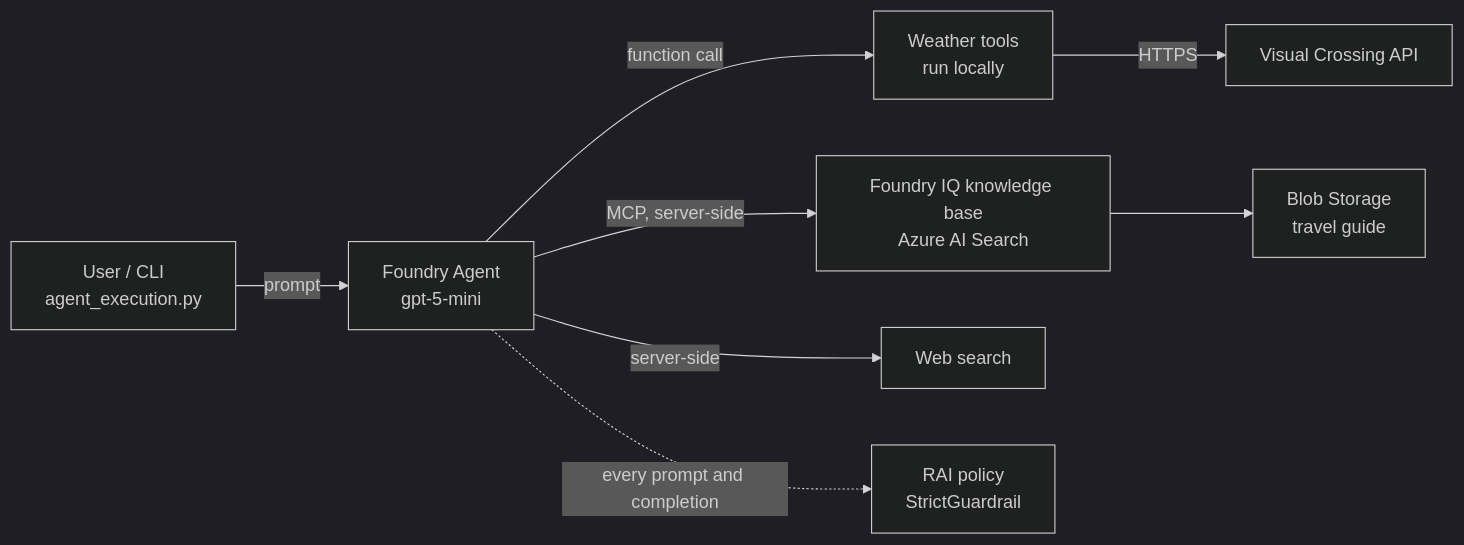
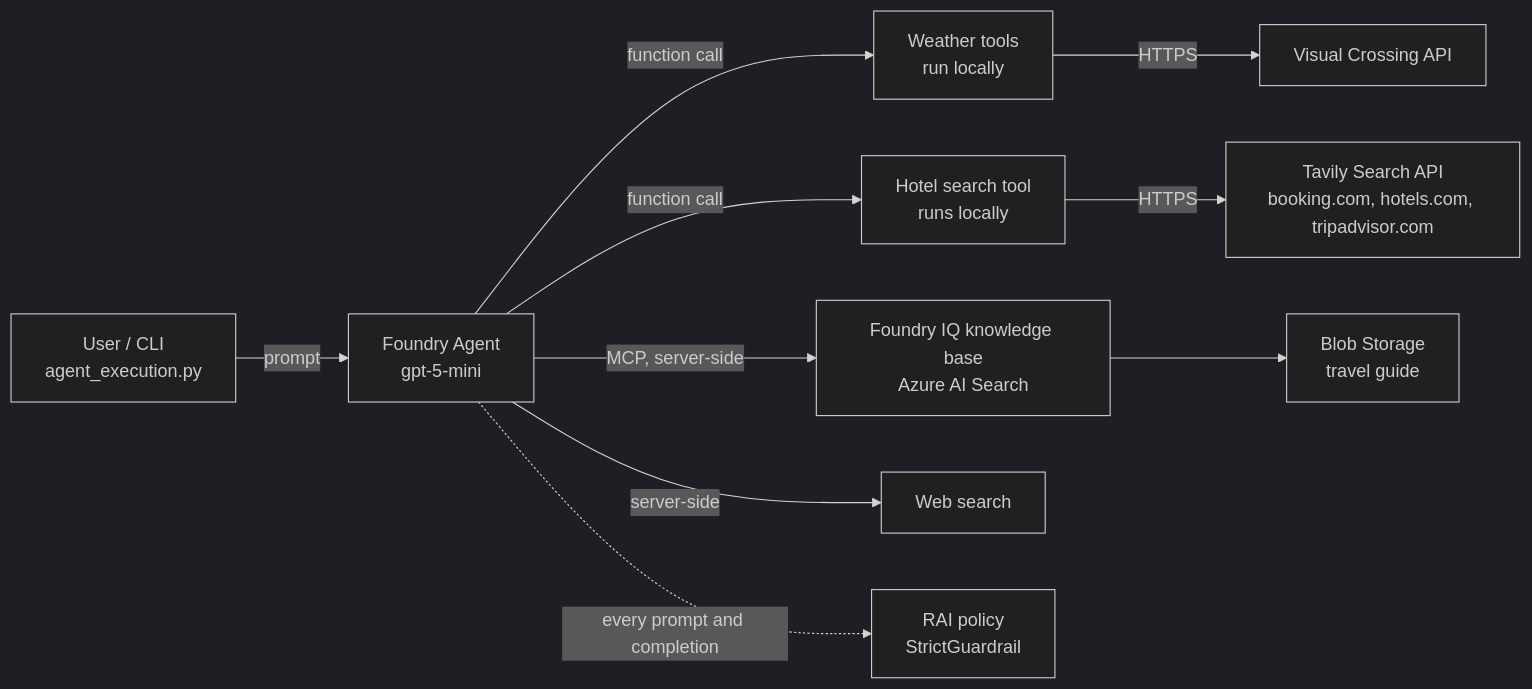
The diagram in README.md (Po33ski/Travel-Agent-Planner), drawn with Mermaid (dark theme) before and after one commit. The commit also changed other lines of this file and 4 other files, not shown here.

Commit message:
update environment setup and resource scripts for new project version; add hotel search API details to README

````diff
--- a/README.md
+++ b/README.md
@@ -7,10 +7,12 @@
 ```mermaid
 flowchart LR
     U[User / CLI<br/>agent_execution.py] -->|prompt| A[Foundry Agent<br/>gpt-5-mini]
     A -->|function call| W[Weather tools<br/>run locally]
     W -->|HTTPS| VC[Visual Crossing API]
+    A -->|function call| H[Hotel search tool<br/>runs locally]
+    H -->|HTTPS| TV[Tavily Search API<br/>booking.com, hotels.com, tripadvisor.com]
     A -->|MCP, server-side| KB[Foundry IQ knowledge base<br/>Azure AI Search]
     KB --> BLOB[Blob Storage<br/>travel guide]
     A -->|server-side| WS[Web search]
     A -.->|every prompt and completion| G[RAI policy<br/>StrictGuardrail]
 ```
````
